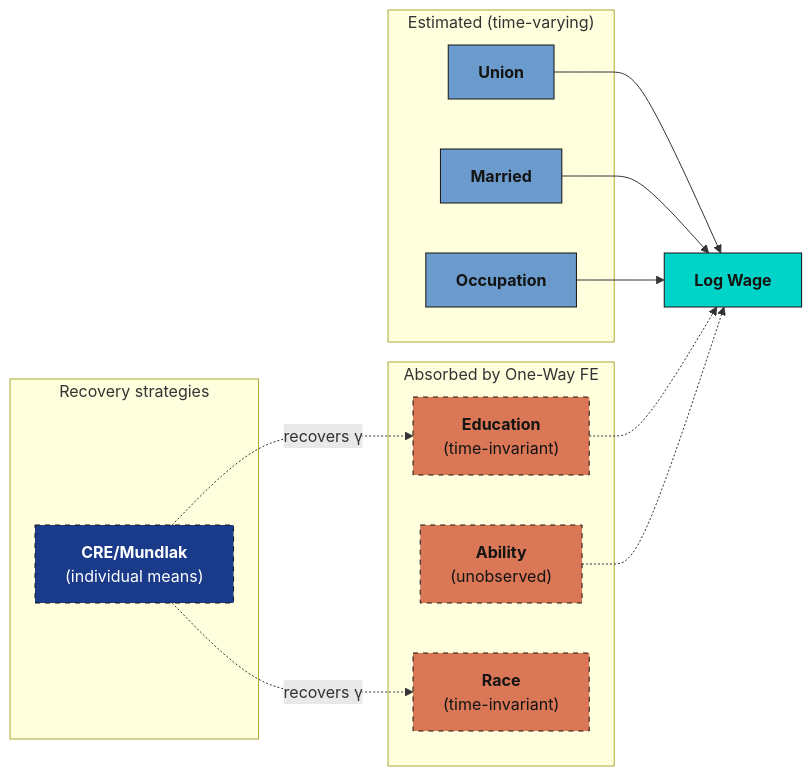
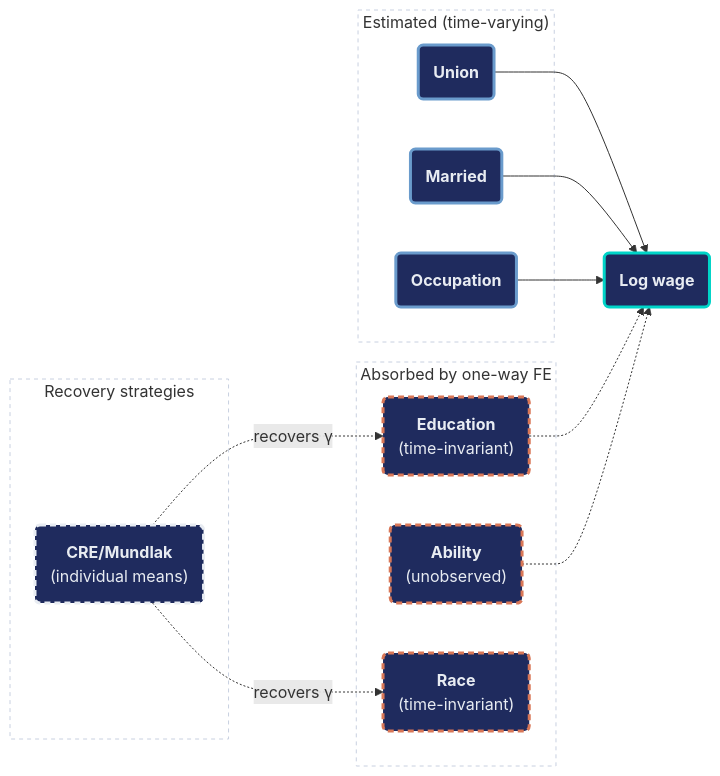
The second of 2 diagrams in content/post/python_pyfixest/index.md (cmg777/starter-academic-v501), drawn with Mermaid before and after one commit. The commit also changed other lines of this file and 9 other files, not shown here.

First line of the commit message:
content(mermaid): restyle flowcharts in Python posts, batch 2 of 2

````diff
--- a/content/post/python_pyfixest/index.md
+++ b/content/post/python_pyfixest/index.md
@@ -1199,31 +1206,34 @@
 ```mermaid
 graph LR
-    subgraph "Absorbed by One-Way FE"
-        ED["<b>Education</b><br/>(time-invariant)"]
-        AB["<b>Ability</b><br/>(unobserved)"]
-        RC["<b>Race</b><br/>(time-invariant)"]
+    subgraph SG1["Absorbed by one-way FE"]
+        ED("<b>Education</b><br/>(time-invariant)")
+        AB("<b>Ability</b><br/>(unobserved)")
+        RC("<b>Race</b><br/>(time-invariant)")
     end
-    subgraph "Estimated (time-varying)"
-        UN["<b>Union</b>"]
-        MA["<b>Married</b>"]
-        OC["<b>Occupation</b>"]
+    subgraph SG2["Estimated (time-varying)"]
+        UN("<b>Union</b>")
+        MA("<b>Married</b>")
+        OC("<b>Occupation</b>")
     end
-    subgraph "Recovery strategies"
-        MK["<b>CRE/Mundlak</b><br/>(individual means)"]
+    subgraph SG3["Recovery strategies"]
+        MK("<b>CRE/Mundlak</b><br/>(individual means)")
     end
-    UN --> W["<b>Log Wage</b>"]
+    UN --> W("<b>Log wage</b>")
     MA --> W
     OC --> W
     ED -.-> W
     AB -.-> W
     MK -.->|"recovers γ"| ED
     MK -.->|"recovers γ"| RC
-    style ED fill:#d97757,stroke:#141413,color:#141413,stroke-dasharray: 5 5
-    style AB fill:#d97757,stroke:#141413,color:#141413,stroke-dasharray: 5 5
-    style RC fill:#d97757,stroke:#141413,color:#141413,stroke-dasharray: 5 5
-    style UN fill:#6a9bcc,stroke:#141413,color:#141413
-    style MA fill:#6a9bcc,stroke:#141413,color:#141413
-    style OC fill:#6a9bcc,stroke:#141413,color:#141413
-    style W fill:#00d4c8,stroke:#141413,color:#141413
-    style MK fill:#1a3a8a,stroke:#141413,color:#fff,stroke-dasharray: 5 5
+    style SG1 fill:none,stroke:#c8d0e0,stroke-width:1px,stroke-dasharray:4 4
+    style SG2 fill:none,stroke:#c8d0e0,stroke-width:1px,stroke-dasharray:4 4
+    style SG3 fill:none,stroke:#c8d0e0,stroke-width:1px,stroke-dasharray:4 4
+    classDef orange_dash fill:#1f2b5e,stroke:#d97757,stroke-width:3px,color:#e8ecf2,stroke-dasharray:6 4
+    classDef blue fill:#1f2b5e,stroke:#6a9bcc,stroke-width:3px,color:#e8ecf2
+    classDef key_dash fill:#1f2b5e,stroke:#e8ecf2,stroke-width:3px,color:#e8ecf2,stroke-dasharray:6 4
+    classDef teal fill:#1f2b5e,stroke:#00d4c8,stroke-width:3px,color:#e8ecf2
+    class ED,AB,RC orange_dash
+    class UN,MA,OC blue
+    class MK key_dash
+    class W teal
 ```
````
